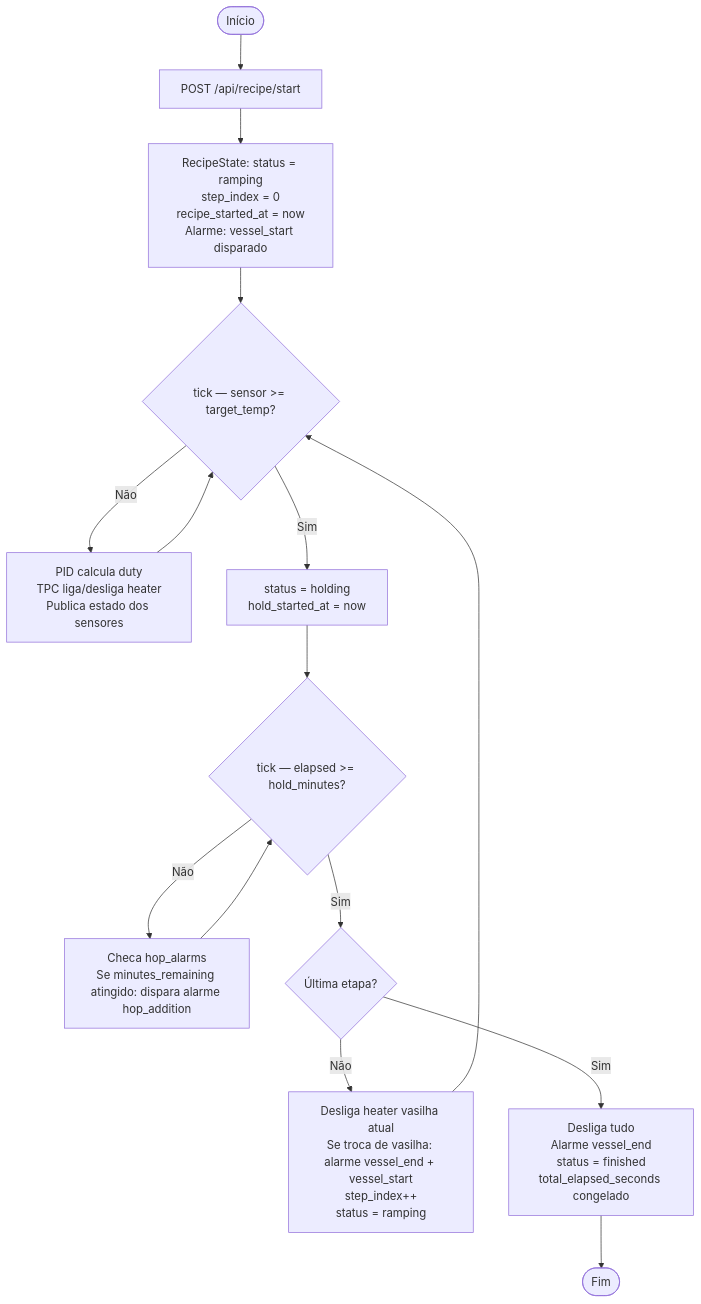
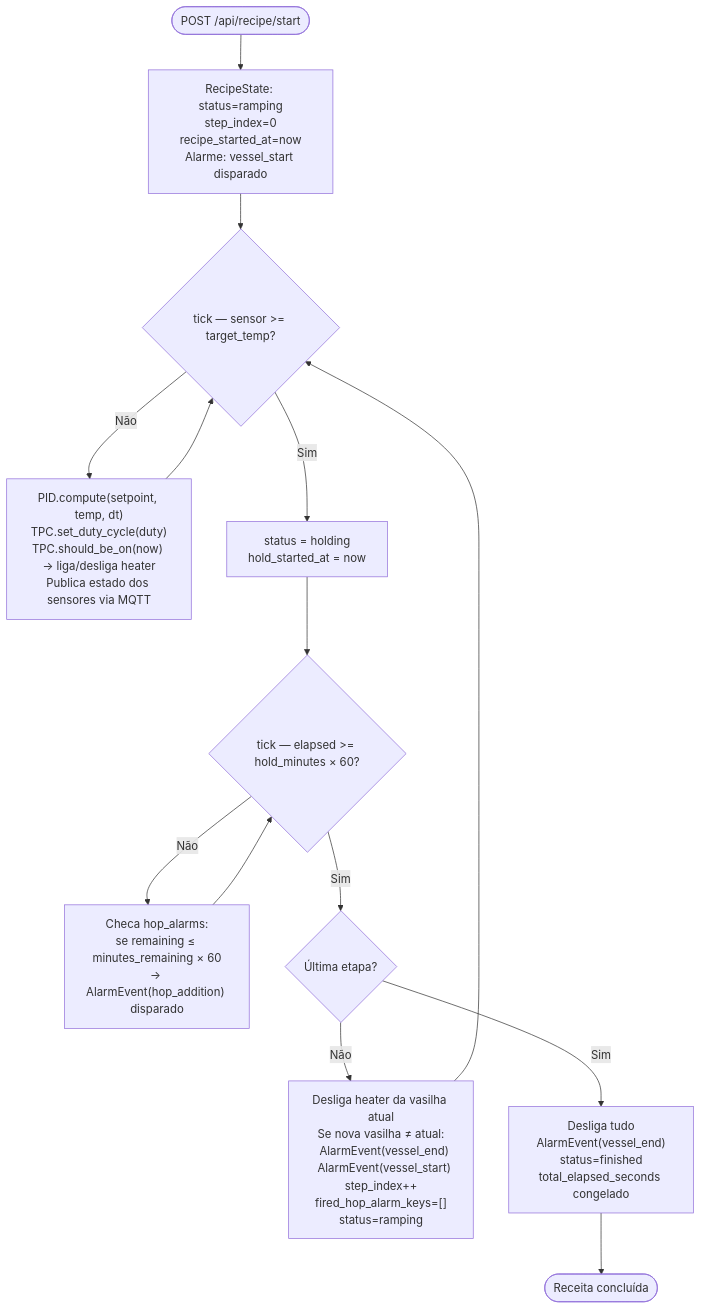
One commit to ChristopherNicolasSMM/Tesseract-Device-Bridge changed the third of 7 diagrams in docs/technical/03-fluxos.md. Above: the diagram before and after it, drawn with Mermaid. The commit also changed other lines of this file and 9 other files, not shown here.

Commit message:
Docs: atualiza todos os .md com GPIO, logs, servico, ER e casos de uso

````diff
--- a/docs/technical/03-fluxos.md
+++ b/docs/technical/03-fluxos.md
@@ -5,17 +76,16 @@
 ```mermaid
 flowchart TD
-    A([Início]) --> B[POST /api/recipe/start]
-    B --> C[RecipeState: status = ramping\nstep_index = 0\nrecipe_started_at = now\nAlarme: vessel_start disparado]
-    C --> D{tick — sensor >= target_temp?}
-    D -- Não --> E[PID calcula duty\nTPC liga/desliga heater\nPublica estado dos sensores]
-    E --> D
-    D -- Sim --> F[status = holding\nhold_started_at = now]
-    F --> G{tick — elapsed >= hold_minutes?}
-    G -- Não --> H[Checa hop_alarms\nSe minutes_remaining atingido: dispara alarme hop_addition]
-    H --> G
-    G -- Sim --> I{Última etapa?}
-    I -- Não --> J[Desliga heater vasilha atual\nSe troca de vasilha: alarme vessel_end + vessel_start\nstep_index++\nstatus = ramping]
-    J --> D
-    I -- Sim --> K[Desliga tudo\nAlarme vessel_end\nstatus = finished\ntotal_elapsed_seconds congelado]
-    K --> L([Fim])
+    A([POST /api/recipe/start]) --> B["RecipeState: status=ramping\nstep_index=0\nrecipe_started_at=now\nAlarme: vessel_start disparado"]
+    B --> C{tick — sensor >= target_temp?}
+    C -- Não --> D["PID.compute(setpoint, temp, dt)\nTPC.set_duty_cycle(duty)\nTPC.should_be_on(now) → liga/desliga heater\nPublica estado dos sensores via MQTT"]
+    D --> C
+    C -- Sim --> E["status = holding\nhold_started_at = now"]
+    E --> F{tick — elapsed >= hold_minutes × 60?}
+    F -- Não --> G["Checa hop_alarms:\nse remaining ≤ minutes_remaining × 60\n→ AlarmEvent(hop_addition) disparado"]
+    G --> F
+    F -- Sim --> H{Última etapa?}
+    H -- Não --> I["Desliga heater da vasilha atual\nSe nova vasilha ≠ atual:\n  AlarmEvent(vessel_end)\n  AlarmEvent(vessel_start)\nstep_index++\nfired_hop_alarm_keys=[]\nstatus=ramping"]
+    I --> C
+    H -- Sim --> J["Desliga tudo\nAlarmEvent(vessel_end)\nstatus=finished\ntotal_elapsed_seconds congelado"]
+    J --> K([Receita concluída])
 ```
````
